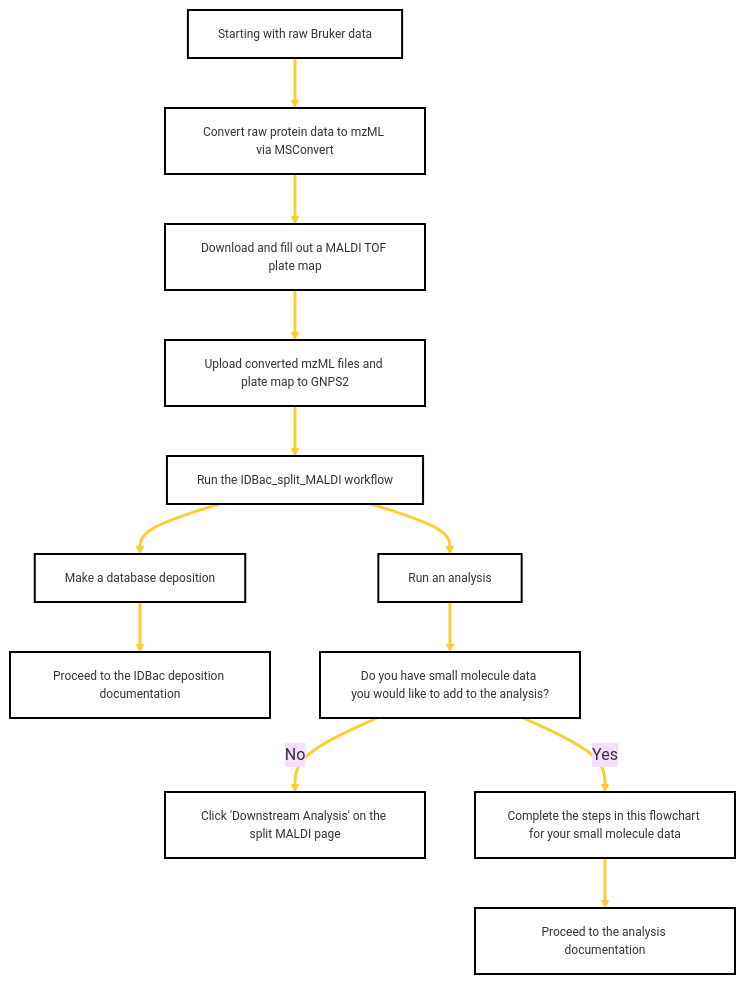
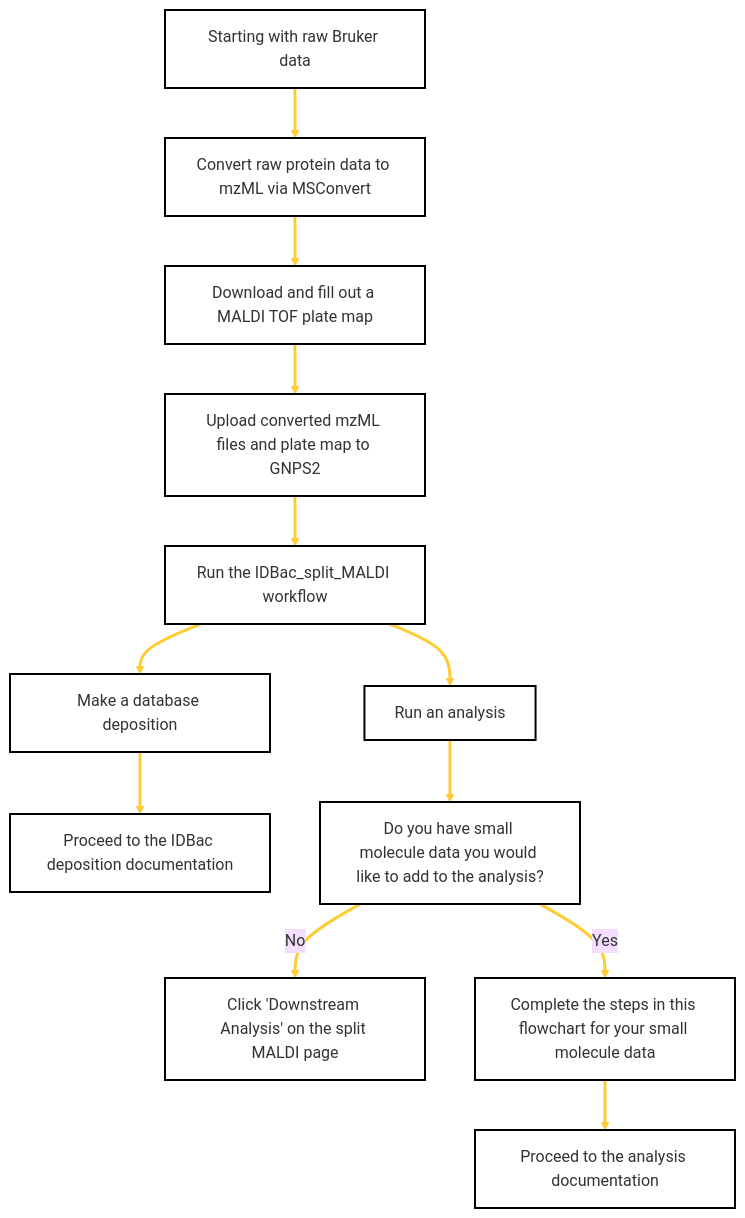
Before and after one commit to Wang-Bioinformatics-Lab/GNPS2_Documentation: the diagram in docs/idbac-brukerstart-here.md, drawn with Mermaid (base theme). The commit also changed other lines of this file, not shown here.

````diff
--- a/docs/idbac-brukerstart-here.md
+++ b/docs/idbac-brukerstart-here.md
@@ -10,52 +10,52 @@
 ```mermaid
 flowchart TD
     A[Starting with raw Bruker data] --> B[Convert raw protein data to mzML via MSConvert]
     B --> C[Download and fill out a MALDI TOF plate map]
     C --> D[Upload converted mzML files and plate map to GNPS2]
     D --> E[Run the IDBac_split_MALDI workflow]
     E --> F[Make a database deposition]
     F --> G[Proceed to the IDBac deposition documentation]
     E --> H[Run an analysis]
     H --> I[Do you have small molecule data you would like to add to the analysis?]
     I --> |No| J[Click 'Downstream Analysis' on the split MALDI page]
     I --> |Yes| K[Complete the steps in this flowchart for your small molecule data]
     K --> L[Proceed to the analysis documentation]
     
     click B href "https://proteowizard.sourceforge.io/"
     click C href "https://docs.google.com/spreadsheets/d/1ihFy6lQyJtWy9fp46ahMPWk7xLp2tJ3q/edit?usp=sharing&ouid=102573514213912402103&rtpof=true&sd=true"
     click D href "https://gnps2.org/homepage"
     click E href "https://gnps2.org/workflowinput?workflowname=idbac_split_maldi_workflow"
     click G href "https://wang-bioinformatics-lab.github.io/GNPS2_Documentation/idbacdepositions/)"
     click L href "https://wang-bioinformatics-lab.github.io/GNPS2_Documentation/idbacsumbmitdata/"
 
  %% Styling
-    style A fill:#FFFFFF,stroke:#000000,stroke-width:2px,font-size:12px
-    style B fill:#FFFFFF,stroke:#000000,stroke-width:2px,font-size:12px
-    style C fill:#FFFFFF,stroke:#000000,stroke-width:2px,font-size:12px
-    style D fill:#FFFFFF,stroke:#000000,stroke-width:2px,font-size:12px
-    style E fill:#FFFFFF,stroke:#000000,stroke-width:2px,font-size:12px
-    style F fill:#FFFFFF,stroke:#000000,stroke-width:2px,font-size:12px
-    style G fill:#FFFFFF,stroke:#000000,stroke-width:2px,font-size:12px
-    style H fill:#FFFFFF,stroke:#000000,stroke-width:2px,font-size:12px
-    style I fill:#FFFFFF,stroke:#000000,stroke-width:2px,font-size:12px
-    style J fill:#FFFFFF,stroke:#000000,stroke-width:2px,font-size:12px
-    style K fill:#FFFFFF,stroke:#000000,stroke-width:2px,font-size:12px
-    style L fill:#FFFFFF,stroke:#000000,stroke-width:2px,font-size:12px
+    style A fill:#FFFFFF,stroke:#000000,stroke-width:2px,font-size:16px
+    style B fill:#FFFFFF,stroke:#000000,stroke-width:2px,font-size:16px
+    style C fill:#FFFFFF,stroke:#000000,stroke-width:2px,font-size:16px
+    style D fill:#FFFFFF,stroke:#000000,stroke-width:2px,font-size:16px
+    style E fill:#FFFFFF,stroke:#000000,stroke-width:2px,font-size:16px
+    style F fill:#FFFFFF,stroke:#000000,stroke-width:2px,font-size:16px
+    style G fill:#FFFFFF,stroke:#000000,stroke-width:2px,font-size:16px
+    style H fill:#FFFFFF,stroke:#000000,stroke-width:2px,font-size:16px
+    style I fill:#FFFFFF,stroke:#000000,stroke-width:2px,font-size:16px
+    style J fill:#FFFFFF,stroke:#000000,stroke-width:2px,font-size:16px
+    style K fill:#FFFFFF,stroke:#000000,stroke-width:2px,font-size:16px
+    style L fill:#FFFFFF,stroke:#000000,stroke-width:2px,font-size:16px
     
    
 
 %% Link Styling
     linkStyle 0 stroke:#ffcc33,stroke-width:3px
     linkStyle 1 stroke:#ffcc33,stroke-width:3px
     linkStyle 2 stroke:#ffcc33,stroke-width:3px
     linkStyle 3 stroke:#ffcc33,stroke-width:3px
     linkStyle 4 stroke:#ffcc33,stroke-width:3px
     linkStyle 5 stroke:#ffcc33,stroke-width:3px
     linkStyle 6 stroke:#ffcc33,stroke-width:3px
     linkStyle 7 stroke:#ffcc33,stroke-width:3px
     linkStyle 8 stroke:#ffcc33,stroke-width:3px
     linkStyle 9 stroke:#ffcc33,stroke-width:3px
     linkStyle 10 stroke:#ffcc33,stroke-width:3px
     
 
 ```
````
